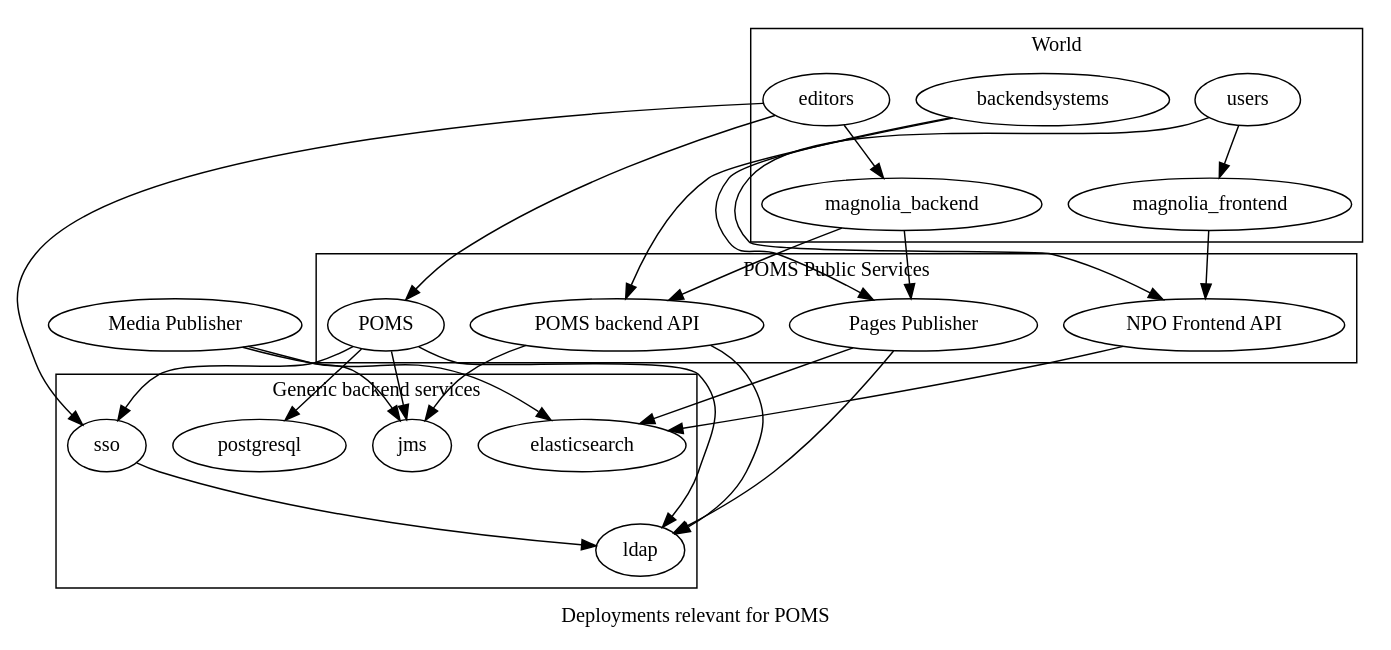
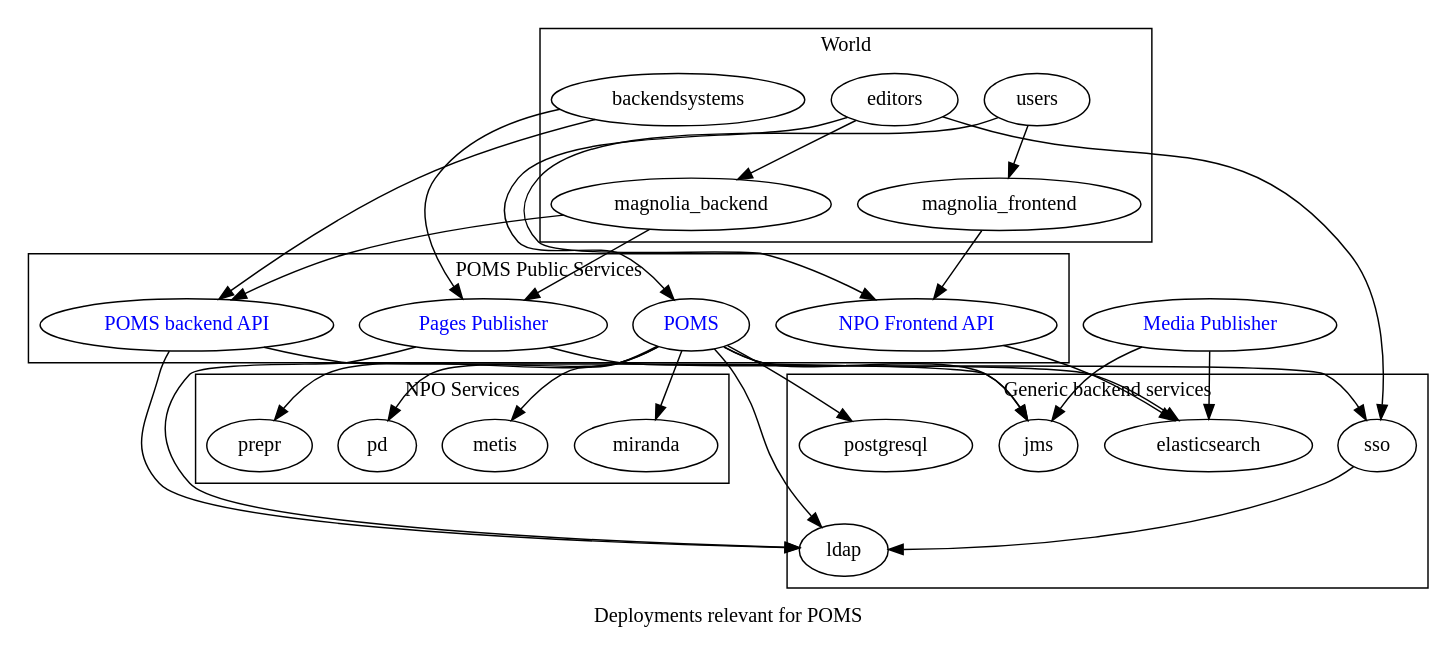
Before and after one commit to npo-poms/poms-parent: the diagram in poms-deployment.dot, drawn with Graphviz. The commit also changed 5 other files, not shown here.

```diff
--- a/poms-deployment.dot
+++ b/poms-deployment.dot
@@ -1,54 +1,63 @@
 digraph poms_universe {
 
     label="Deployments relevant for POMS";
 
-    poms_gui [ label="POMS" href="https://poms.omroep.nl/"];
-    poms_backend [ label="POMS backend API" href="https://api.poms.omroep.nl/"];
-    api [ label = "NPO Frontend API" href="https://rs.poms.omroep.nl/"];
-    pages_publish [ label = "Pages Publisher"     href="https://publish.pages.omroep.nl/"];
-    media_publish [ label = "Media Publisher"     href="https://publish.pages.omroep.nl/"];
+    poms [ label="POMS" href="https://poms.omroep.nl/" fontcolor=blue];
+    poms_backend [ label="POMS backend API" href="https://api.poms.omroep.nl/" fontcolor=blue];
+    api [ label = "NPO Frontend API" href="https://rs.poms.omroep.nl/" fontcolor=blue];
+    pages_publish [ label = "Pages Publisher"     href="https://publish.pages.omroep.nl/" fontcolor=blue];
+    media_publish [ label = "Media Publisher"     href="https://publish.pages.omroep.nl/" fontcolor=blue];
 
 
     subgraph cluster_0  {
         label="Generic backend services";
         postgresql; elasticsearch; sso; jms; ldap;
     }
 
     subgraph cluster_1  {
         label="VPRO";
         magnolia_frontend; magnolia_backend;
     }
 
     subgraph cluster_1  {
         label="World";
         users; backendsystems; editors;
     }
     subgraph cluster_3  {
         label="POMS Public Services";
-        poms_gui; poms_backend; pages_publish; api;
+        poms; poms_backend; pages_publish; api;
+    }
+
+    subgraph cluster_4  {
+        label="NPO Services";
+        metis;
+        pd;
+        prepr;
+        miranda;
+
     }
 
 
-   editors -> {magnolia_backend poms_gui sso}
+   editors -> {magnolia_backend poms sso}
    users -> {magnolia_frontend api}
    backendsystems -> {poms_backend  pages_publish}
 
 
-    poms_gui -> { postgresql jms sso ldap }
+    poms -> { postgresql jms sso ldap miranda prepr pd metis }
 
     poms_backend -> { jms ldap}
 
     api -> { elasticsearch }
 
     pages_publish-> { elasticsearch ldap}
 
     media_publish -> { elasticsearch jms }
 
 
     magnolia_backend -> { poms_backend pages_publish };
 
     magnolia_frontend -> { api  };
 
    sso -> ldap;
 
 }
```
